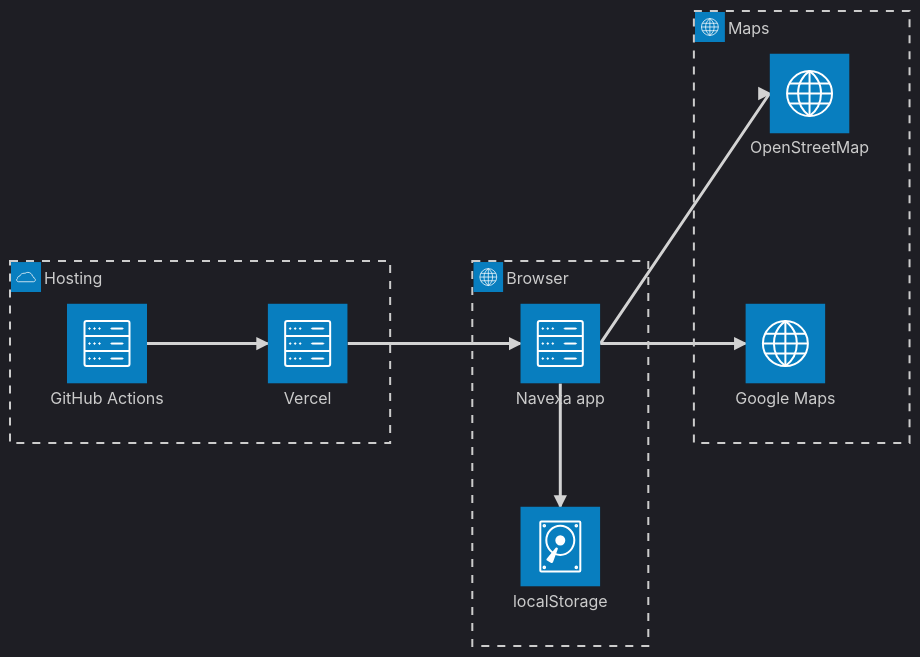
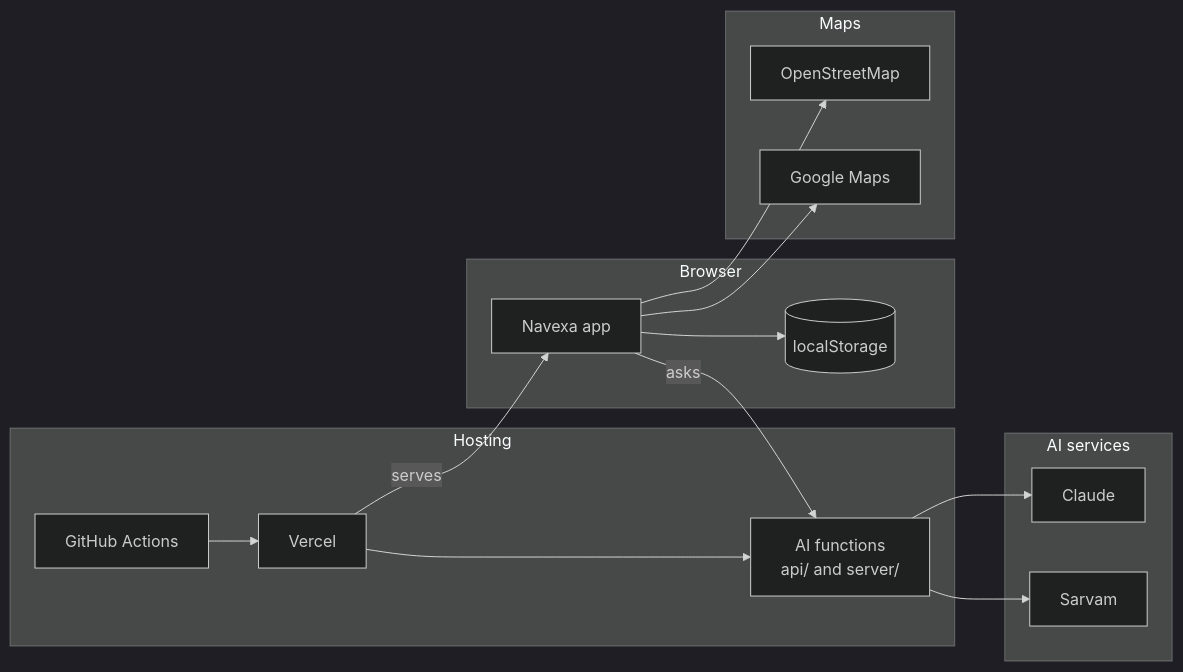
One commit to Shabnam852/health-a-thon changed the diagram in docs/diagrams/12-architecture.mmd. Above: the diagram before and after it, drawn with Mermaid (dark theme). The commit also changed 129 other files, not shown here.

```diff
--- a/docs/diagrams/12-architecture.mmd
+++ b/docs/diagrams/12-architecture.mmd
@@ -1,19 +1,24 @@
-architecture-beta
+flowchart LR
   accTitle: Architecture
-  accDescr: GitHub Actions deploys to Vercel, which serves the app to the browser. In the browser, the app saves to localStorage and links to OpenStreetMap and Google Maps.
-  group hosting(cloud)[Hosting]
-  group browser(internet)[Browser]
-  group maps(internet)[Maps]
-
-  service actions(server)[GitHub Actions] in hosting
-  service vercel(server)[Vercel] in hosting
-  service app(server)[Navexa app] in browser
-  service store(disk)[localStorage] in browser
-  service osm(internet)[OpenStreetMap] in maps
-  service gmaps(internet)[Google Maps] in maps
-
-  actions:R --> L:vercel
-  vercel:R --> L:app
-  app:B --> T:store
-  app:R --> L:osm
-  app:R --> L:gmaps
+  accDescr: GitHub Actions deploys to Vercel, which serves the app and its AI functions. In the browser, the app saves to localStorage, links to OpenStreetMap and Google Maps, and calls the AI functions. The AI functions call Claude and Sarvam, and keep their keys on the server.
+  subgraph Hosting
+    actions[GitHub Actions] --> vercel[Vercel]
+    vercel --> fn["AI functions<br/>api/ and server/"]
+  end
+  subgraph Browser
+    app[Navexa app] --> store[(localStorage)]
+  end
+  subgraph Maps
+    osm[OpenStreetMap]
+    gmaps[Google Maps]
+  end
+  subgraph AI["AI services"]
+    claude[Claude]
+    sarvam[Sarvam]
+  end
+  vercel -->|serves| app
+  app -->|asks| fn
+  app --> osm
+  app --> gmaps
+  fn --> claude
+  fn --> sarvam
```
